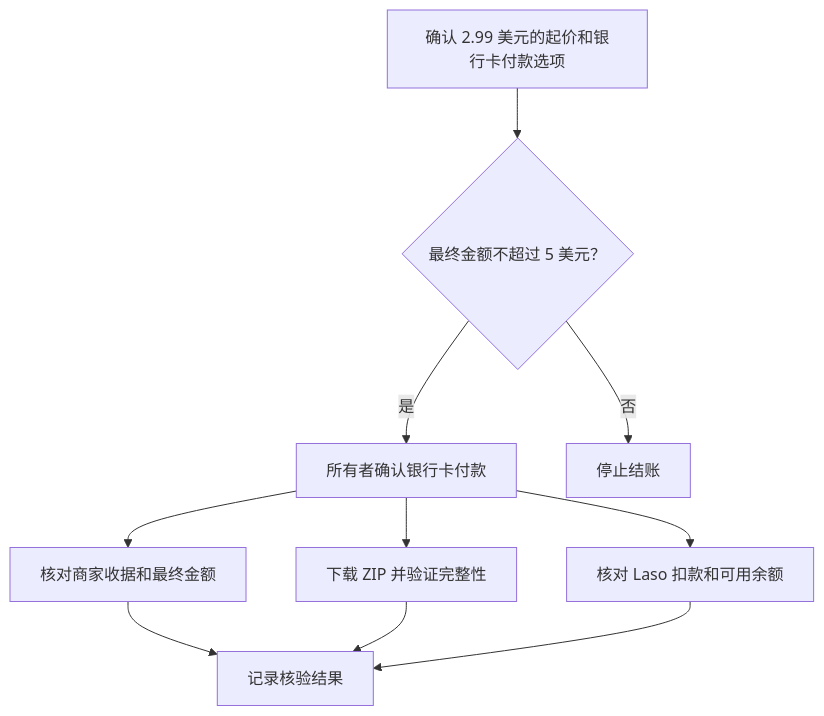
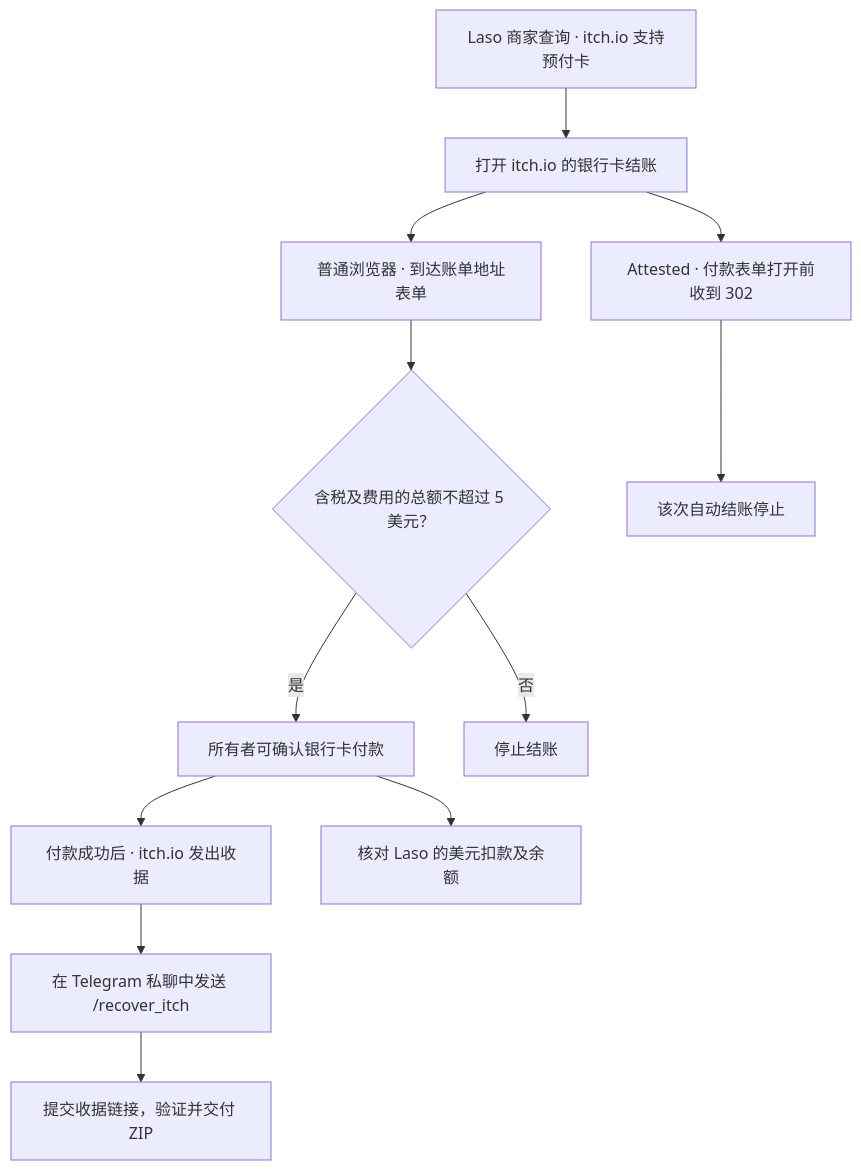
The second of 2 diagrams in docs/use-case-laso-prepaid-card-zh.md (alexar76/argus), drawn with Mermaid before and after one commit. The commit also changed other lines of this file and 19 other files, not shown here.

````diff
--- a/docs/use-case-laso-prepaid-card-zh.md
+++ b/docs/use-case-laso-prepaid-card-zh.md
@@ -59,12 +61,14 @@
 ```mermaid
 flowchart TD
-    Q["确认 2.99 美元的起价和银行卡付款选项"] --> A{"最终金额不超过 5 美元？"}
-    A -->|是| P["所有者确认银行卡付款"]
-    A -->|否| S["停止结账"]
-    P --> R["核对商家收据和最终金额"]
-    P --> Z["下载 ZIP 并验证完整性"]
-    P --> C["核对 Laso 扣款和可用余额"]
-    R --> V["记录核验结果"]
-    Z --> V
-    C --> V
+    Q["Laso 商家查询 · itch.io 支持预付卡"] --> I["打开 itch.io 的银行卡结账"]
+    I --> B["普通浏览器 · 到达账单地址表单"]
+    I --> H["Attested · 付款表单打开前收到 302"]
+    B --> A{"含税及费用的总额不超过 5 美元？"}
+    H --> S["该次自动结账停止"]
+    A -->|是| P["所有者可确认银行卡付款"]
+    A -->|否| S2["停止结账"]
+    P --> R["付款成功后 · itch.io 发出收据"]
+    P --> C["核对 Laso 的美元扣款及余额"]
+    R --> T["在 Telegram 私聊中发送 /recover_itch"]
+    T --> Z["提交收据链接，验证并交付 ZIP"]
 ```
````
